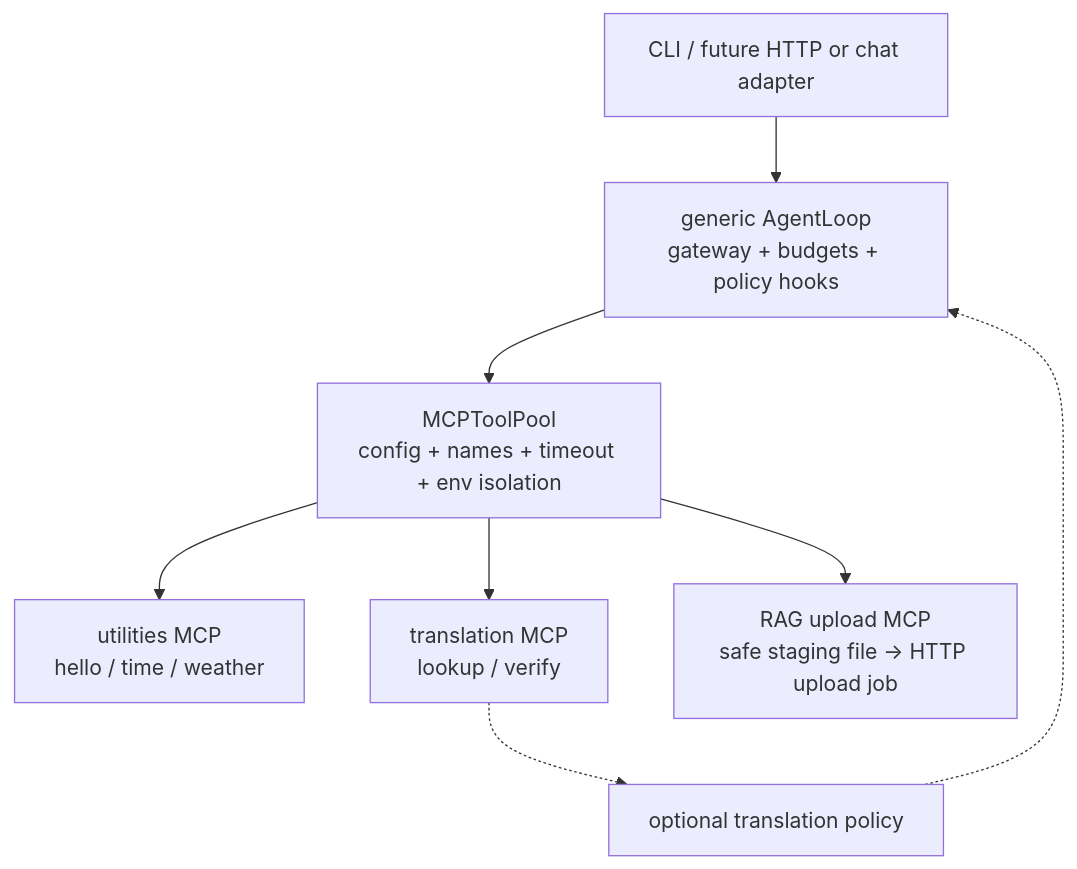
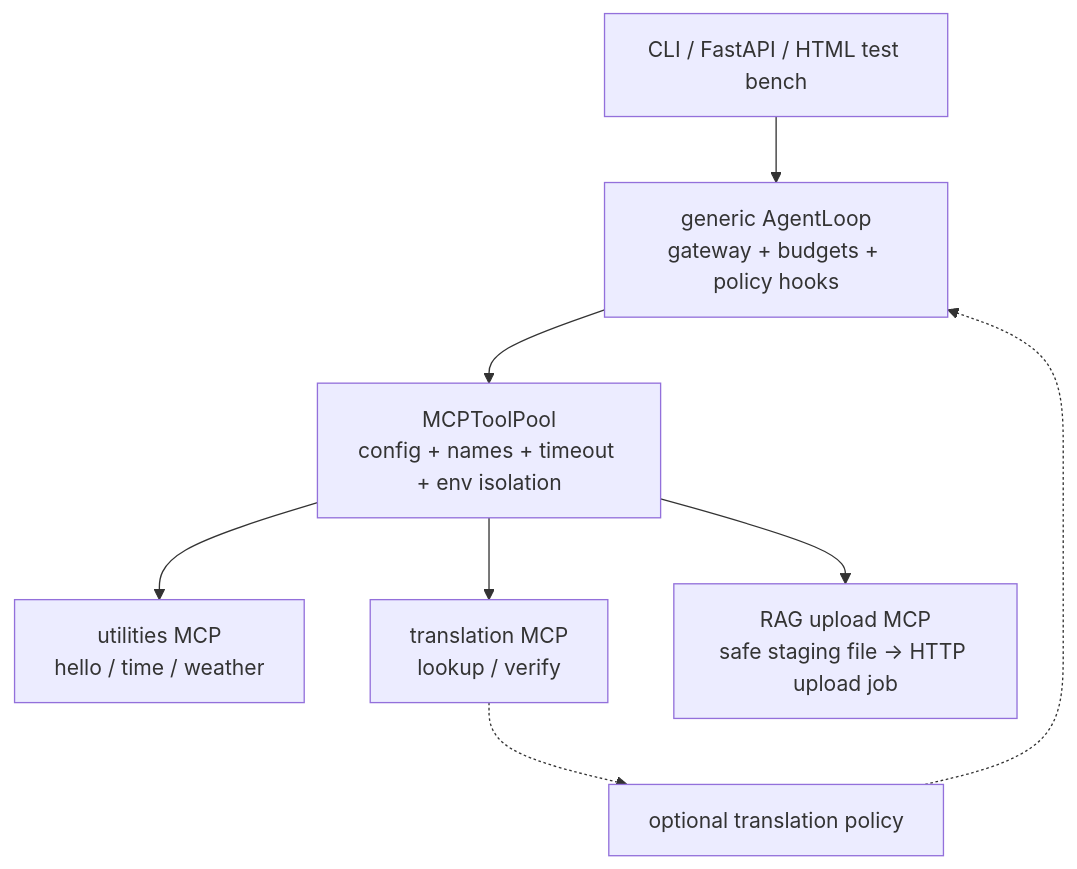
The first of 12 diagrams in docs/architecture.md (xian-ai-1057/mcp_agent), drawn with Mermaid before and after one commit. The commit also changed other lines of this file and 9 other files, not shown here.

Commit message:
add FastAPI agent test interface

````diff
--- a/docs/architecture.md
+++ b/docs/architecture.md
@@ -7,10 +7,10 @@
 ```mermaid
 flowchart TD
-    UI["CLI / future HTTP or chat adapter"] --> CORE["generic AgentLoop<br/>gateway + budgets + policy hooks"]
+    UI["CLI / FastAPI / HTML test bench"] --> CORE["generic AgentLoop<br/>gateway + budgets + policy hooks"]
     CORE --> POOL["MCPToolPool<br/>config + names + timeout + env isolation"]
     POOL --> UTIL["utilities MCP<br/>hello / time / weather"]
     POOL --> TRANS["translation MCP<br/>lookup / verify"]
     POOL --> RAG["RAG upload MCP<br/>safe staging file → HTTP upload job"]
     TP["optional translation policy"] -.-> CORE
     TRANS -.-> TP
 ```
````
